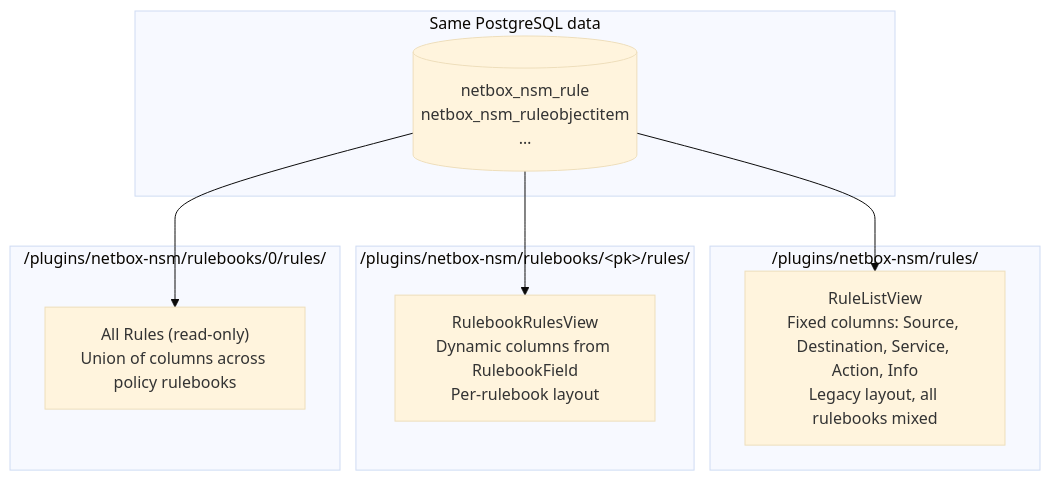
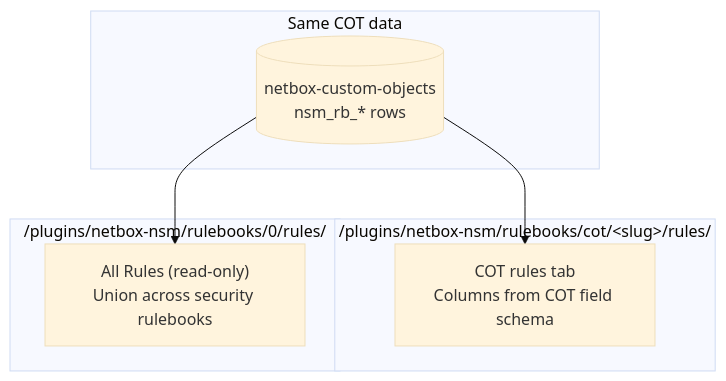
The fourth of 5 diagrams in docs/RULE_DATA_STORAGE.md (christianbur/netbox-nsm), drawn with Mermaid (base theme) before and after one commit. The commit also changed other lines of this file and 276 other files, not shown here.

````diff
--- a/docs/RULE_DATA_STORAGE.md
+++ b/docs/RULE_DATA_STORAGE.md
@@ -179,22 +165,17 @@
 ```mermaid
 flowchart TB
-    subgraph same["Same PostgreSQL data"]
-        DB[(netbox_nsm_rule<br/>netbox_nsm_ruleobjectitem<br/>…)]
+    subgraph same["Same COT data"]
+        DB[(netbox-custom-objects<br/>nsm_rb_* rows)]
     end
 
-    subgraph list["/plugins/netbox-nsm/rules/"]
-        L["RuleListView<br/>Fixed columns: Source, Destination, Service, Action, Info<br/>Legacy layout, all rulebooks mixed"]
-    end
-
-    subgraph tab["/plugins/netbox-nsm/rulebooks/&lt;pk&gt;/rules/"]
-        T["RulebookRulesView<br/>Dynamic columns from RulebookField<br/>Per-rulebook layout"]
+    subgraph tab["/plugins/netbox-nsm/rulebooks/cot/&lt;slug&gt;/rules/"]
+        T["COT rules tab<br/>Columns from COT field schema"]
     end
 
     subgraph all["/plugins/netbox-nsm/rulebooks/0/rules/"]
-        A["All Rules (read-only)<br/>Union of columns across policy rulebooks"]
+        A["All Rules (read-only)<br/>Union across security rulebooks"]
     end
 
-    DB --> L
     DB --> T
     DB --> A
 ```
````
